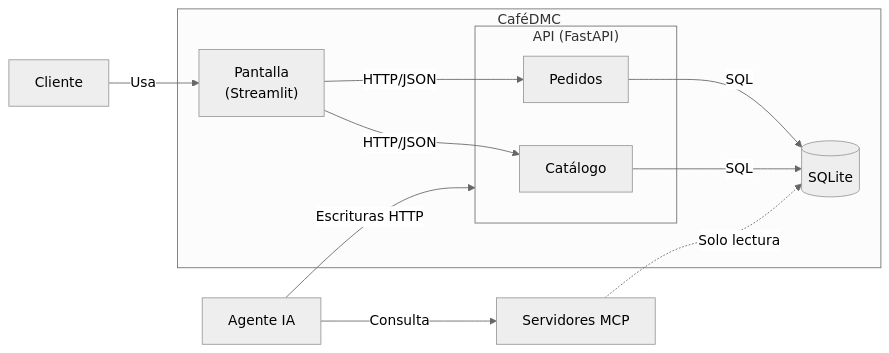
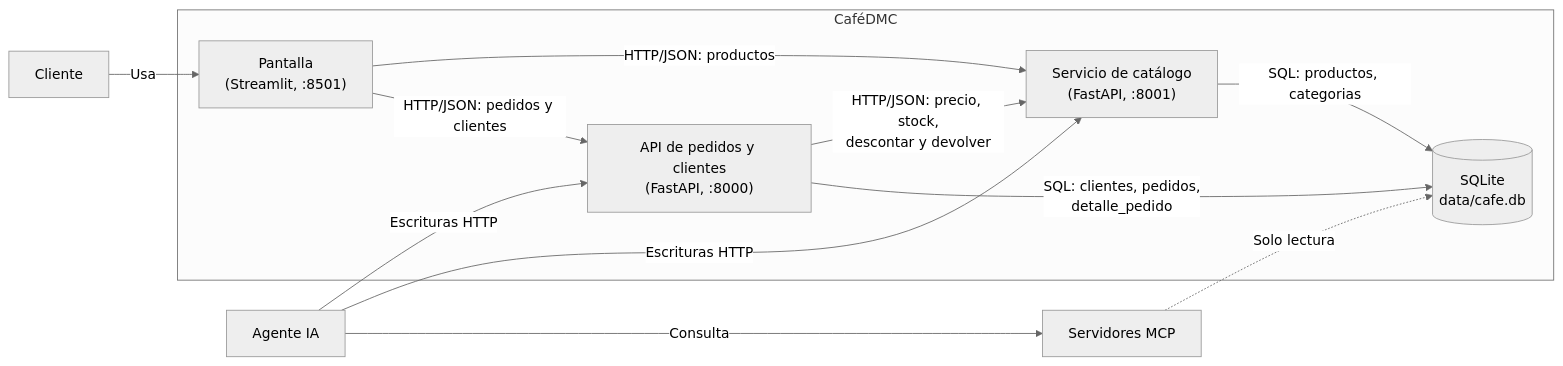
One commit to JotaCeBustamante/jcbf-cafe-dmc changed the second of 4 diagrams in docs/arquitectura.md. Above: the diagram before and after it, drawn with Mermaid (neutral theme). The commit also changed other lines of this file and 13 other files, not shown here.

First line of the commit message:
S2: catálogo como servicio independiente (ADR-0003), ER y AGENTS.md

````diff
--- a/docs/arquitectura.md
+++ b/docs/arquitectura.md
@@ -22,25 +25,25 @@
 ```mermaid
 flowchart LR
     cliente["Cliente"]
     agente["Agente IA"]
 
     subgraph cafedmc["CaféDMC"]
-        ui["Pantalla<br/>(Streamlit)"]
-        subgraph api["API (FastAPI)"]
-            catalogo["Catálogo"]
-            pedidos["Pedidos"]
-        end
-        db[("SQLite")]
+        ui["Pantalla<br/>(Streamlit, :8501)"]
+        api["API de pedidos y clientes<br/>(FastAPI, :8000)"]
+        catalogo["Servicio de catálogo<br/>(FastAPI, :8001)"]
+        db[("SQLite<br/>data/cafe.db")]
     end
 
     mcp["Servidores MCP"]
 
     cliente -->|"Usa"| ui
-    ui -->|"HTTP/JSON"| catalogo
-    ui -->|"HTTP/JSON"| pedidos
-    catalogo -->|"SQL"| db
-    pedidos -->|"SQL"| db
+    ui -->|"HTTP/JSON: productos"| catalogo
+    ui -->|"HTTP/JSON: pedidos y clientes"| api
+    api -->|"HTTP/JSON: precio, stock,<br/>descontar y devolver"| catalogo
+    api -->|"SQL: clientes, pedidos,<br/>detalle_pedido"| db
+    catalogo -->|"SQL: productos, categorias"| db
     agente -->|"Consulta"| mcp
     mcp -.->|"Solo lectura"| db
     agente -->|"Escrituras HTTP"| api
+    agente -->|"Escrituras HTTP"| catalogo
 ```
````
